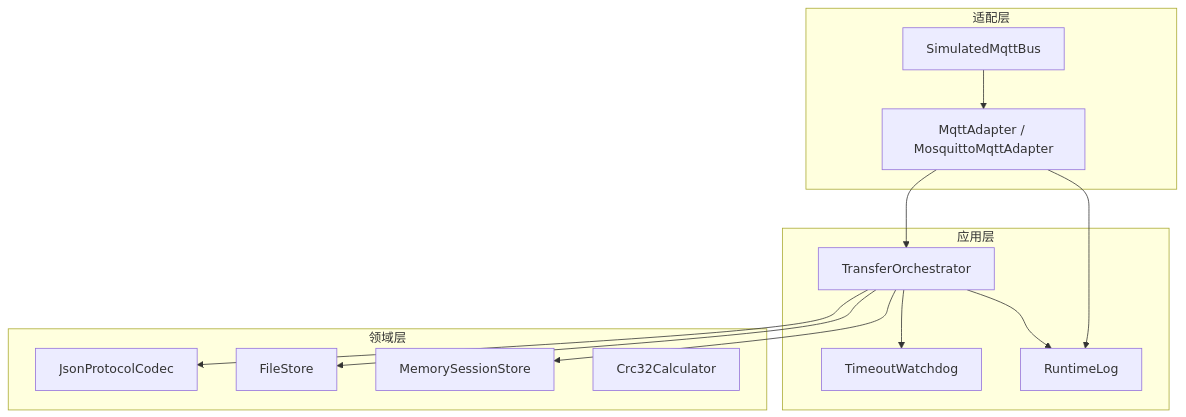
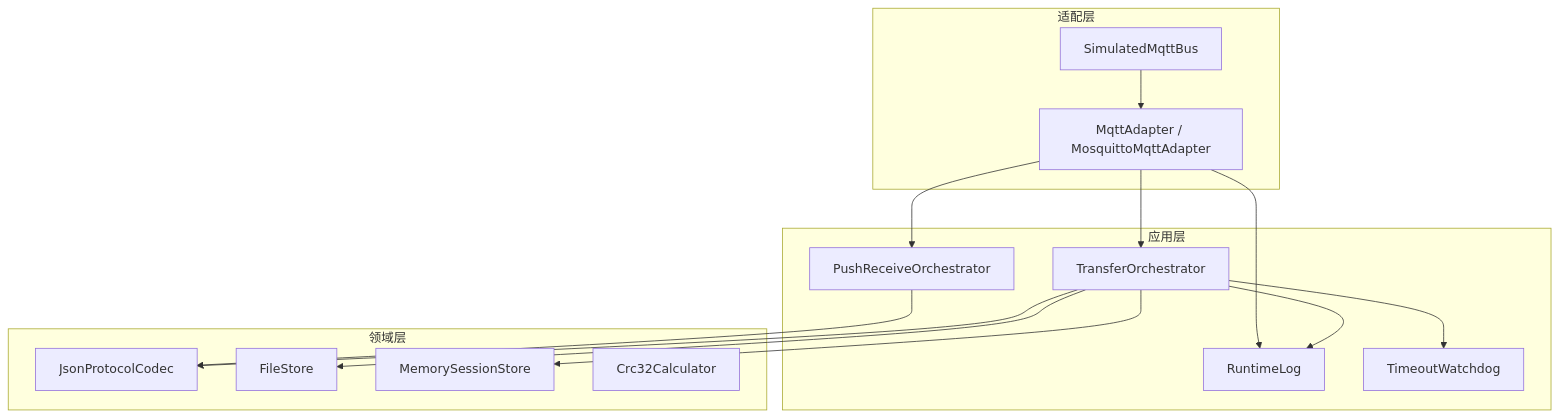
The second of 3 diagrams in document/02-系统架构.md (Huangzd11/transferFile), drawn with Mermaid before and after one commit. The commit also changed other lines of this file and 20 other files, not shown here.

````diff
--- a/document/02-系统架构.md
+++ b/document/02-系统架构.md
@@ -26,26 +26,29 @@
 ```mermaid
 flowchart TB
   subgraph adapter [适配层]
     MqttAdapter[MqttAdapter / MosquittoMqttAdapter]
     SimBus[SimulatedMqttBus]
   end
   subgraph app [应用层]
     Orchestrator[TransferOrchestrator]
+    PushOrch[PushReceiveOrchestrator]
     RuntimeLog[RuntimeLog]
     Watchdog[TimeoutWatchdog]
   end
   subgraph domain [领域层]
     ProtocolCodec[JsonProtocolCodec]
     FileStore[FileStore]
     SessionStore[MemorySessionStore]
     Crc32[Crc32Calculator]
   end
   MqttAdapter --> Orchestrator
+  MqttAdapter --> PushOrch
   SimBus --> MqttAdapter
   Orchestrator --> ProtocolCodec
+  PushOrch --> ProtocolCodec
   Orchestrator --> FileStore
   Orchestrator --> SessionStore
   Orchestrator --> Watchdog
   Orchestrator --> RuntimeLog
   MqttAdapter --> RuntimeLog
 ```
````
